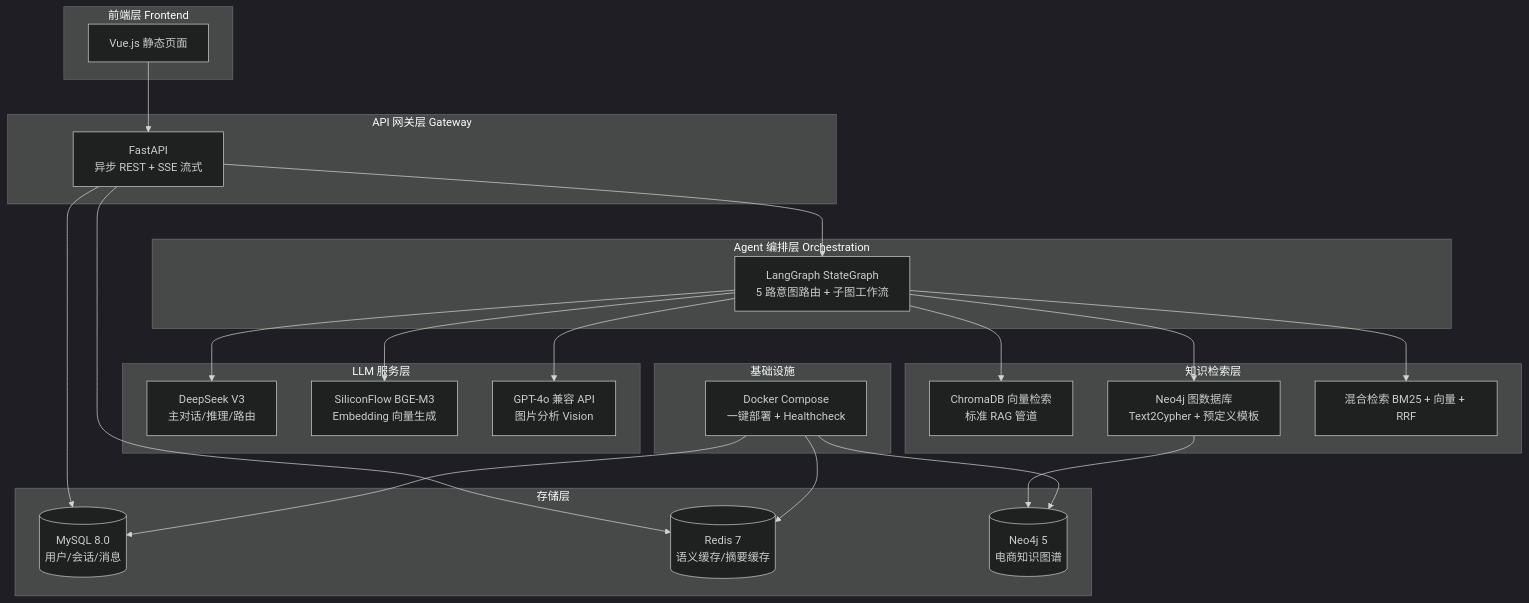
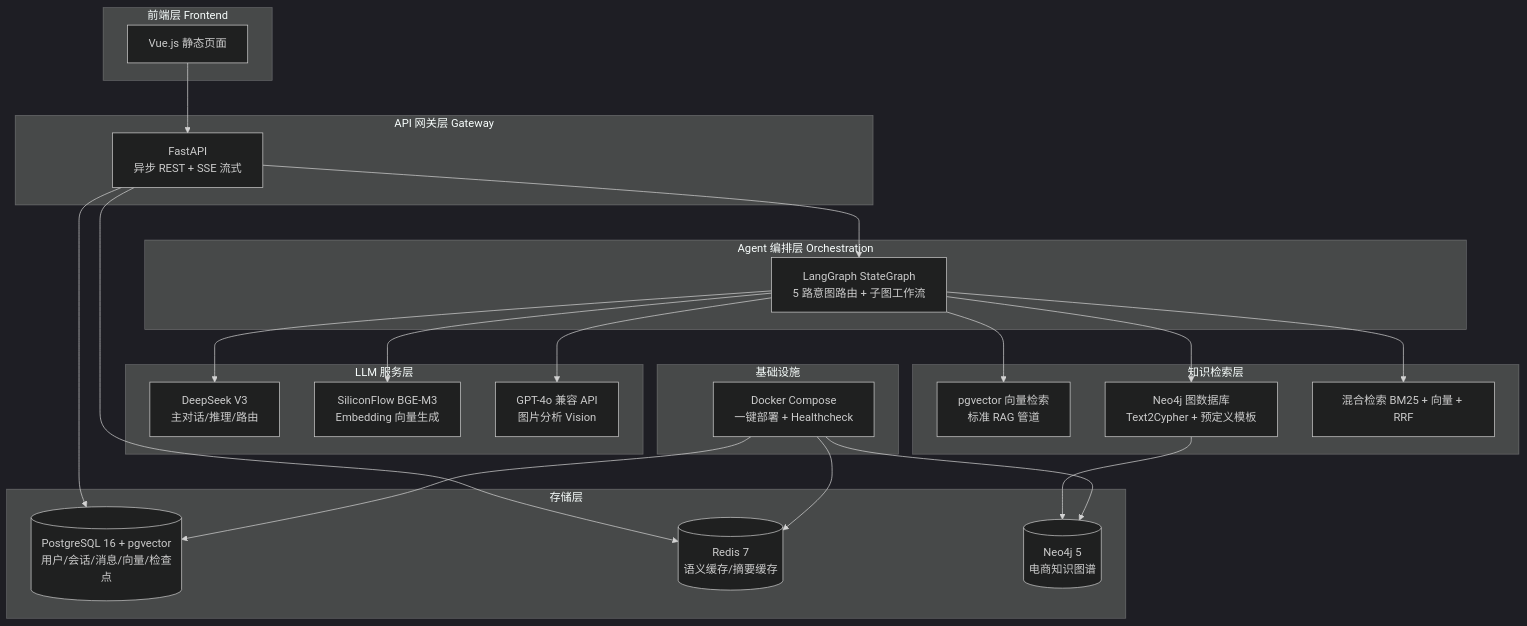
One commit to blowt16/SmartCS-Agent changed the first of 11 diagrams in docs/PROJECT_ANALYSIS.md. Above: the diagram before and after it, drawn with Mermaid (dark theme). The commit also changed other lines of this file and 97 other files, not shown here.

First line of the commit message:
[config] 技术选型迁移：MySQL→PostgreSQL + ChromaDB→pgvector，Docker 部署与 Redis 共存

````diff
--- a/docs/PROJECT_ANALYSIS.md
+++ b/docs/PROJECT_ANALYSIS.md
@@ -36,49 +36,49 @@
 ```mermaid
 graph TB
     subgraph "前端层 Frontend"
         A[Vue.js 静态页面]
     end
 
     subgraph "API 网关层 Gateway"
         B[FastAPI<br/>异步 REST + SSE 流式]
     end
 
     subgraph "Agent 编排层 Orchestration"
         C[LangGraph StateGraph<br/>5 路意图路由 + 子图工作流]
     end
 
     subgraph "LLM 服务层"
         D1[DeepSeek V3<br/>主对话/推理/路由]
         D2[SiliconFlow BGE-M3<br/>Embedding 向量生成]
         D3[GPT-4o 兼容 API<br/>图片分析 Vision]
     end
 
     subgraph "知识检索层"
-        E1[ChromaDB 向量检索<br/>标准 RAG 管道]
+        E1[pgvector 向量检索<br/>标准 RAG 管道]
         E2[Neo4j 图数据库<br/>Text2Cypher + 预定义模板]
         E3[混合检索 BM25 + 向量 + RRF]
     end
 
     subgraph "存储层"
-        F1[(MySQL 8.0<br/>用户/会话/消息)]
+        F1[(PostgreSQL 16 + pgvector<br/>用户/会话/消息/向量/检查点)]
         F2[(Redis 7<br/>语义缓存/摘要缓存)]
         F3[(Neo4j 5<br/>电商知识图谱)]
     end
 
     subgraph "基础设施"
         G[Docker Compose<br/>一键部署 + Healthcheck]
     end
 
     A --> B --> C --> D1
     C --> D2
     C --> D3
     C --> E1
     C --> E2
     C --> E3
     B --> F1
     B --> F2
     E2 --> F3
     G --> F1
     G --> F2
     G --> F3
 ```
````
